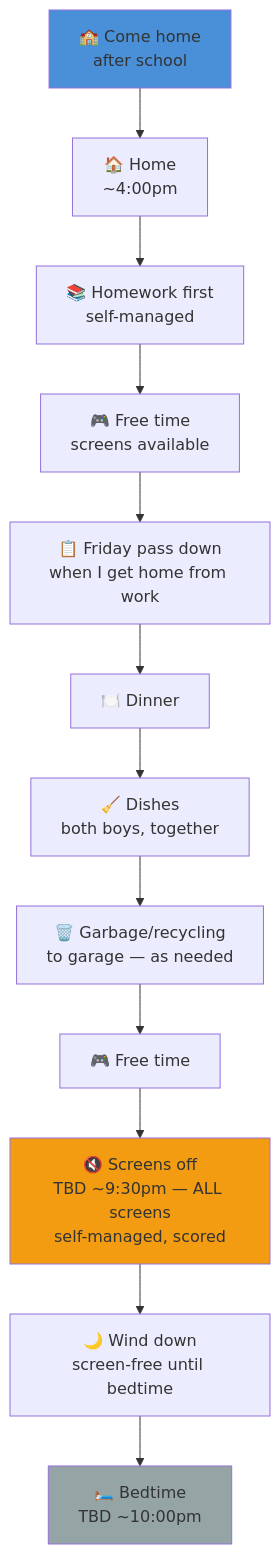
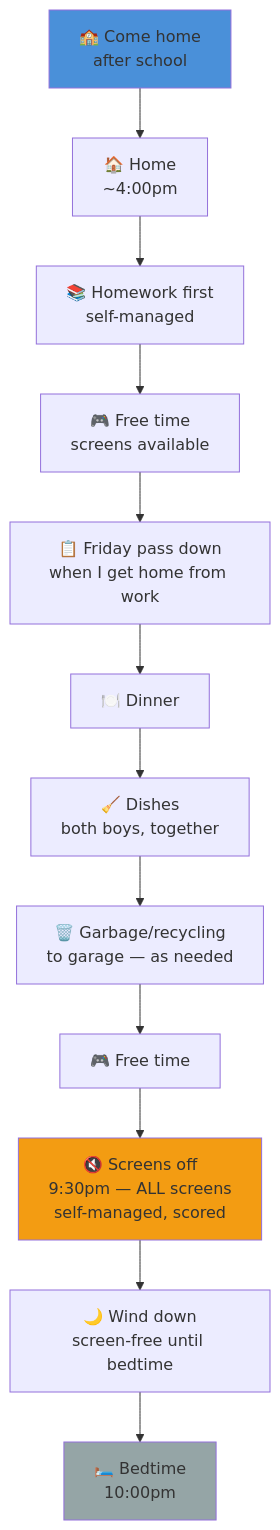
Before and after one commit to ajass/technology-reset: the second of 2 diagrams in day-types/01-friday.md, drawn with Mermaid. The commit also changed other lines of this file and 3 other files, not shown here.

First line of the commit message:
Set concrete bedtimes, remove all TBD

````diff
--- a/day-types/01-friday.md
+++ b/day-types/01-friday.md
@@ -49,18 +49,18 @@
 ```mermaid
 flowchart TD
     A["🏫 Come home<br/>after school"] --> B["🏠 Home<br/>~4:00pm"]
     B --> C["📚 Homework first<br/>self-managed"]
     C --> D["🎮 Free time<br/>screens available"]
     D --> PD["📋 Friday pass down<br/>when I get home from work"]
     PD --> E["🍽️ Dinner"]
     E --> G["🧹 Dishes<br/>both boys, together"]
     G --> H["🗑️ Garbage/recycling<br/>to garage — as needed"]
     H --> I["🎮 Free time"]
-    I --> J["🔇 Screens off<br/>TBD ~9:30pm — ALL screens<br/>self-managed, scored"]
+    I --> J["🔇 Screens off<br/>9:30pm — ALL screens<br/>self-managed, scored"]
     J --> K["🌙 Wind down<br/>screen-free until bedtime"]
-    K --> L["🛏️ Bedtime<br/>TBD ~10:00pm"]
+    K --> L["🛏️ Bedtime<br/>10:00pm"]
 
     style A fill:#4a90d9
     style J fill:#f39c12
     style L fill:#95a5a6
 ```
````
